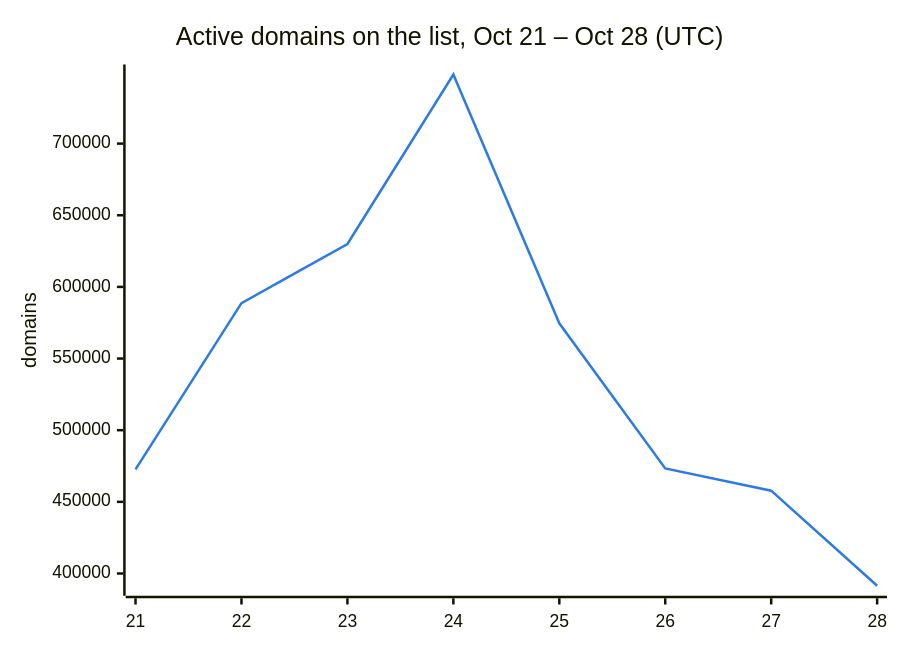
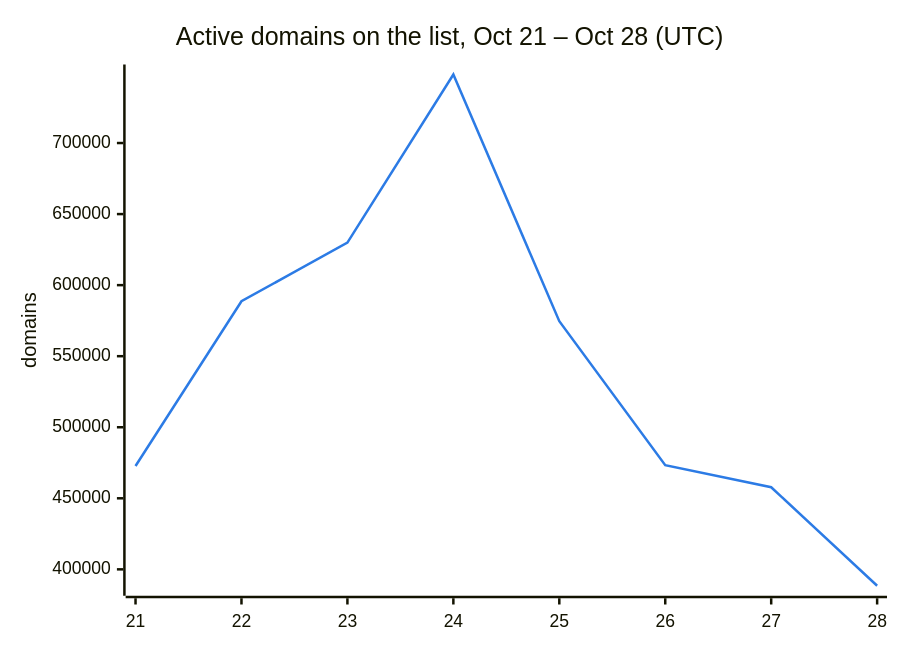
Before and after one commit to DNSBunker/CTI: the second of 3 diagrams in README.md, drawn with Mermaid. The commit also changed other lines of this file and 3 other files, not shown here.

````diff
--- a/README.md
+++ b/README.md
@@ -38,8 +38,8 @@
 ```mermaid
 %%{init: {"themeVariables": {"xyChart": {"plotColorPalette": "#2c7be5"}}}}%%
 xychart-beta
     title "Active domains on the list, Oct 21 – Oct 28 (UTC)"
     x-axis ["21", "22", "23", "24", "25", "26", "27", "28"]
     y-axis "domains"
-    line [472713, 588659, 629951, 748222, 574614, 473331, 457795, 391449]
+    line [472713, 588659, 629951, 748222, 574614, 473331, 457795, 388459]
 ```
````
